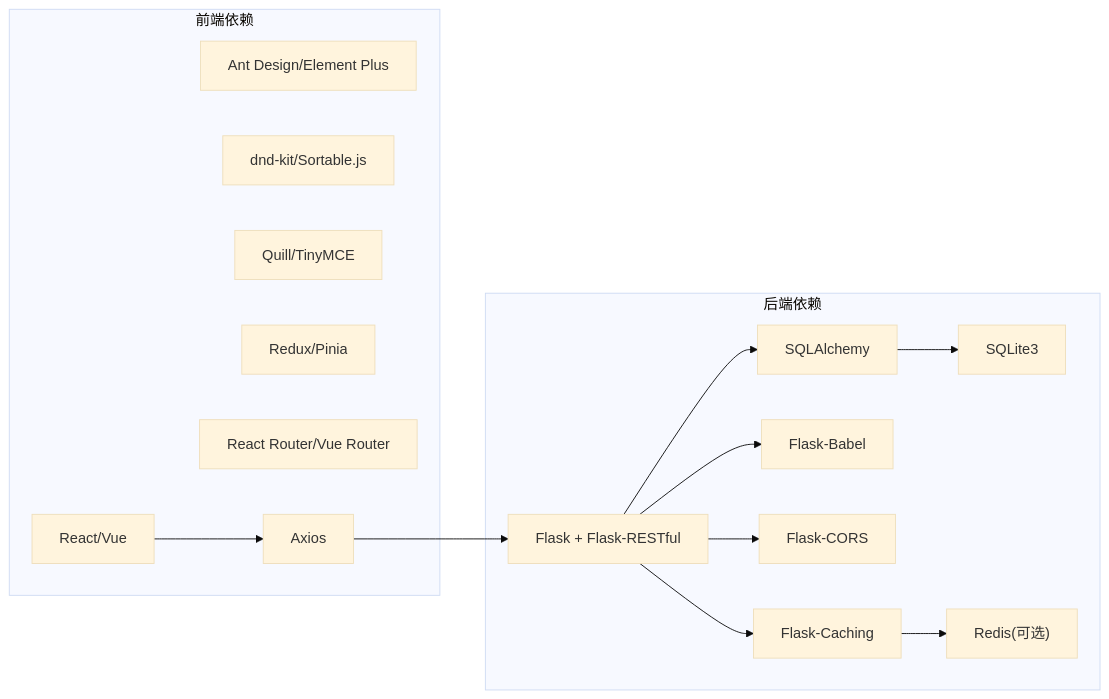
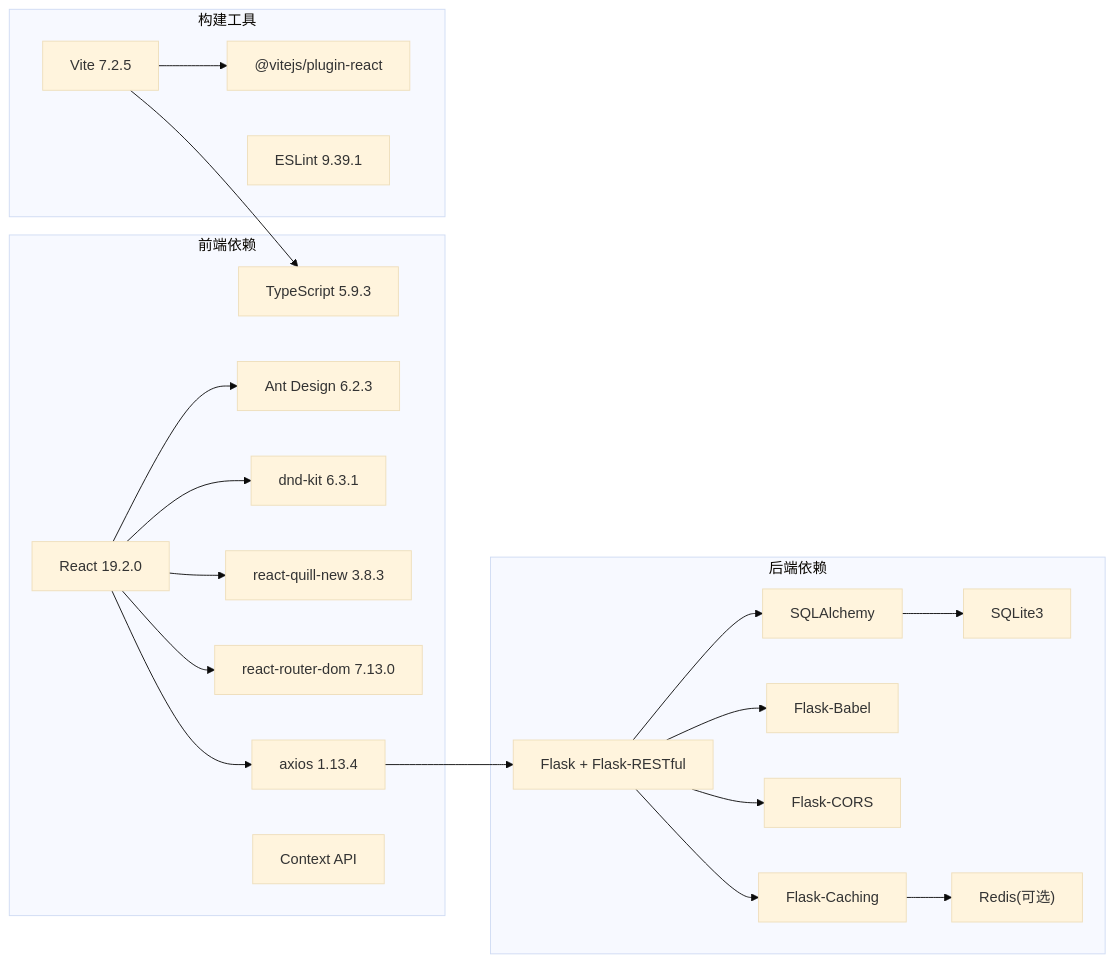
One commit to wyg5208/website_diy changed the eighth of 8 diagrams in .qoder/repowiki/zh/content/前端组件系统/前端组件系统.md. Above: the diagram before and after it, drawn with Mermaid (base theme). The commit also changed other lines of this file and 43 other files, not shown here.

````diff
--- a/.qoder/repowiki/zh/content/前端组件系统/前端组件系统.md
+++ b/.qoder/repowiki/zh/content/前端组件系统/前端组件系统.md
@@ -260,29 +386,41 @@
 ```mermaid
 graph LR
 subgraph "前端依赖"
-React["React/Vue"]
-UI["Ant Design/Element Plus"]
-DnD["dnd-kit/Sortable.js"]
-Rich["Quill/TinyMCE"]
-State["Redux/Pinia"]
-Router["React Router/Vue Router"]
-Axios["Axios"]
+React["React 19.2.0"]
+TS["TypeScript 5.9.3"]
+Antd["Ant Design 6.2.3"]
+DnD["dnd-kit 6.3.1"]
+Quill["react-quill-new 3.8.3"]
+Router["react-router-dom 7.13.0"]
+Axios["axios 1.13.4"]
+Context["Context API"]
+end
+subgraph "构建工具"
+Vite["Vite 7.2.5"]
+PluginReact["@vitejs/plugin-react"]
+ESLint["ESLint 9.39.1"]
 end
 subgraph "后端依赖"
 Flask["Flask + Flask-RESTful"]
 ORM["SQLAlchemy"]
 Babel["Flask-Babel"]
 CORS["Flask-CORS"]
 Cache["Flask-Caching"]
 SQLite["SQLite3"]
 Redis["Redis(可选)"]
 end
+React --> Antd
+React --> DnD
+React --> Quill
+React --> Router
 React --> Axios
+Vite --> PluginReact
+Vite --> TS
 Axios --> Flask
 Flask --> ORM
 Flask --> Babel
 Flask --> CORS
 Flask --> Cache
 ORM --> SQLite
 Cache --> Redis
 ```
````
